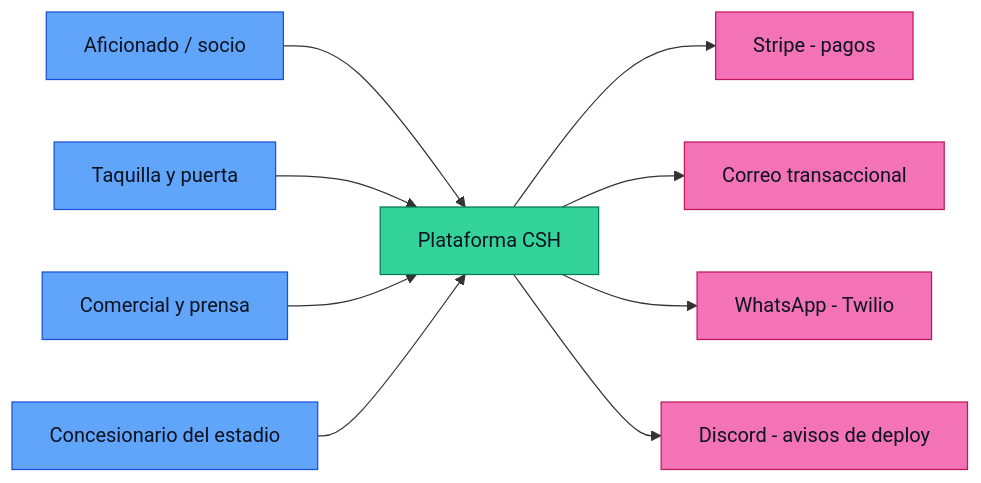
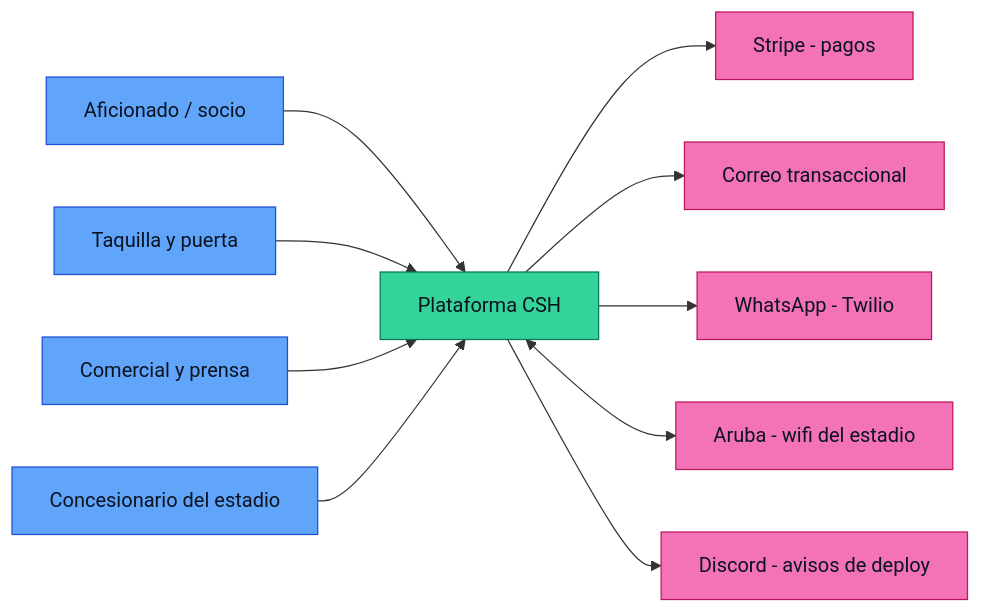
Before and after one commit to S3-Simple-Software-Solutions/CSH: the first of 14 diagrams in docs/diagramas.md, drawn with Mermaid. The commit also changed other lines of this file, not shown here.

First line of the commit message:
docs(diagramas): completar los modulos del board y el portal cautivo de Aruba

````diff
--- a/docs/diagramas.md
+++ b/docs/diagramas.md
@@ -11,28 +11,30 @@
 ```mermaid
 flowchart LR
     classDef cliente fill:#60a5fa,color:#0b1220,stroke:#1d4ed8
     classDef app fill:#34d399,color:#0b1220,stroke:#047857
     classDef externo fill:#f472b6,color:#0b1220,stroke:#be185d
 
     Aficionado[Aficionado / socio]:::cliente
     Taquilla[Taquilla y puerta]:::cliente
     Comercial[Comercial y prensa]:::cliente
     Local[Concesionario del estadio]:::cliente
 
     CSH[Plataforma CSH]:::app
 
     Stripe[Stripe - pagos]:::externo
     Correo[Correo transaccional]:::externo
     WhatsApp[WhatsApp - Twilio]:::externo
+    Aruba[Aruba - wifi del estadio]:::externo
     Discord[Discord - avisos de deploy]:::externo
 
     Aficionado --> CSH
     Taquilla --> CSH
     Comercial --> CSH
     Local --> CSH
 
     CSH --> Stripe
     CSH --> Correo
     CSH --> WhatsApp
+    CSH <--> Aruba
     CSH --> Discord
 ```
````
